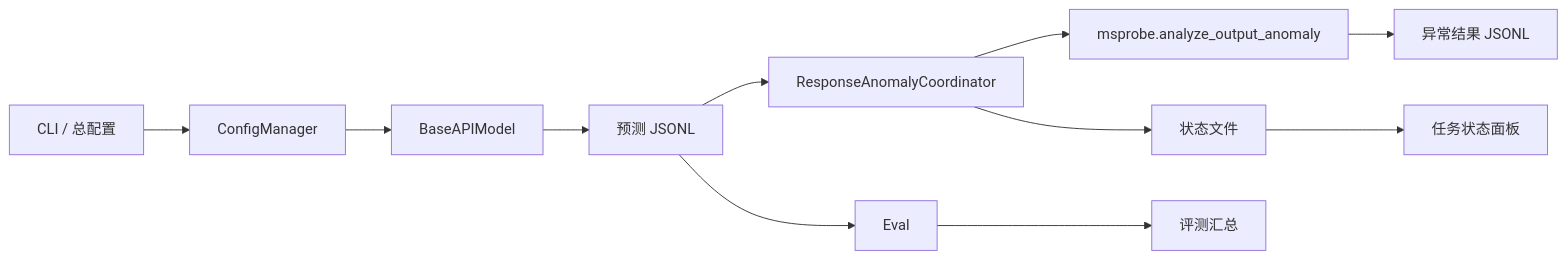
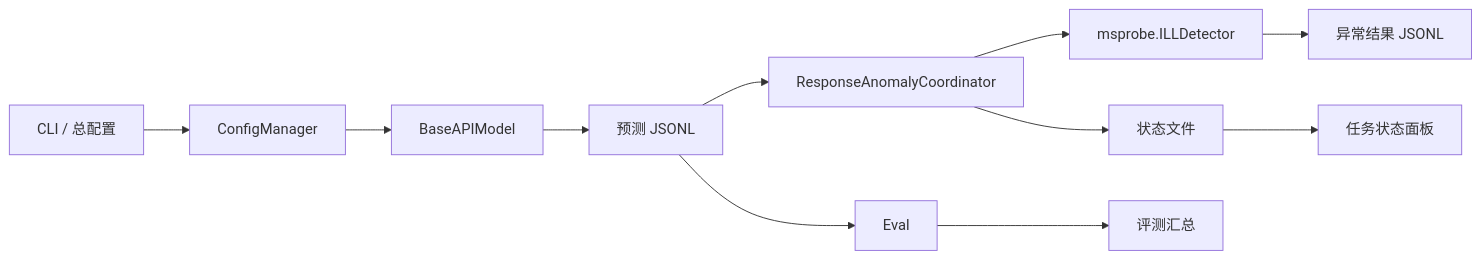
Before and after one commit to Libotry/benchmark: the first of 2 diagrams in docs/source_zh_cn/design/AISBench推理响应异常检测模块设计.md, drawn with Mermaid. The commit also changed other lines of this file and 10 other files, not shown here.

````diff
--- a/docs/source_zh_cn/design/AISBench推理响应异常检测模块设计.md
+++ b/docs/source_zh_cn/design/AISBench推理响应异常检测模块设计.md
@@ -64,13 +92,13 @@
 ```mermaid
 flowchart LR
     CLI[CLI / 总配置] --> CM[ConfigManager]
     CM --> API[BaseAPIModel]
     API --> PRED[预测 JSONL]
     PRED --> COORD[ResponseAnomalyCoordinator]
-    COORD --> MSP[msprobe.analyze_output_anomaly]
+    COORD --> MSP[msprobe.ILLDetector]
     MSP --> RESULT[异常结果 JSONL]
     COORD --> STATUS[状态文件]
     STATUS --> BOARD[任务状态面板]
     PRED --> EVAL[Eval]
     EVAL --> SUMMARY[评测汇总]
 ```
````
